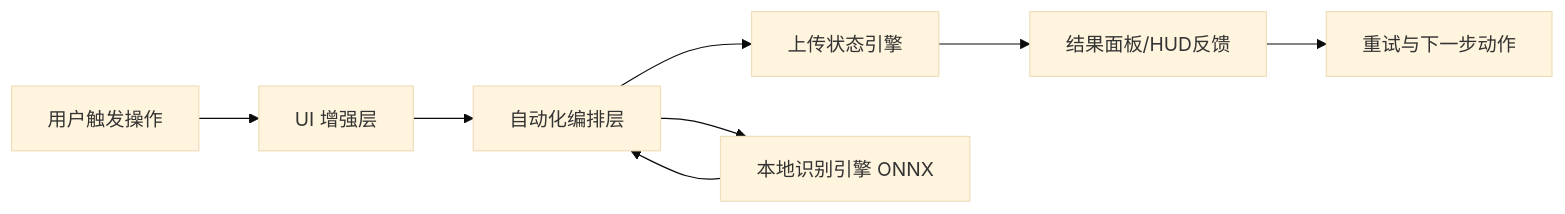
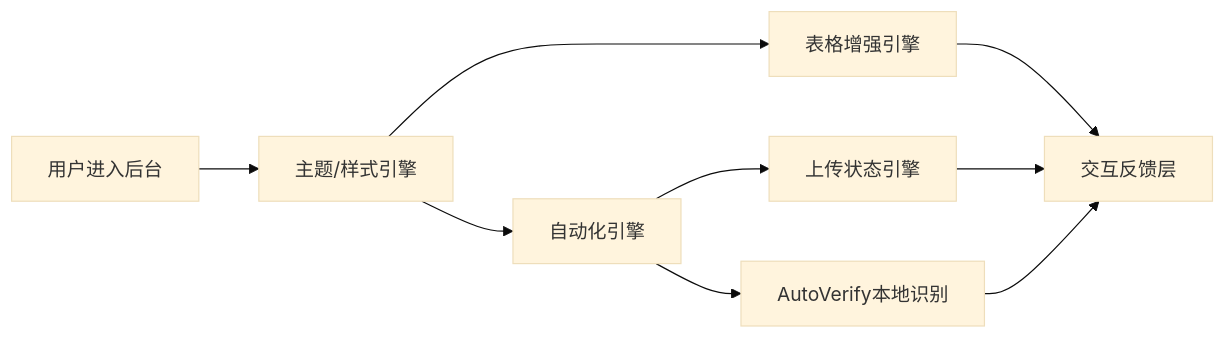
One commit to jhihhe/XHJ-VR-assistant changed the second of 3 diagrams in README.md. Above: the diagram before and after it, drawn with Mermaid (base theme). The commit also changed other lines of this file and 5 other files, not shown here.

````diff
--- a/README.md
+++ b/README.md
@@ -91,10 +103,11 @@
 ```mermaid
 flowchart LR
-    A[用户触发操作] --> B[UI 增强层]
-    B --> C[自动化编排层]
-    C --> D[上传状态引擎]
-    C --> E[本地识别引擎 ONNX]
-    D --> F[结果面板/HUD反馈]
-    E --> C
-    F --> G[重试与下一步动作]
+    A[用户进入后台] --> B[主题/样式引擎]
+    B --> C[表格增强引擎]
+    B --> D[自动化引擎]
+    D --> E[上传状态引擎]
+    D --> F[AutoVerify本地识别]
+    C --> G[交互反馈层]
+    E --> G
+    F --> G
 ```
````
